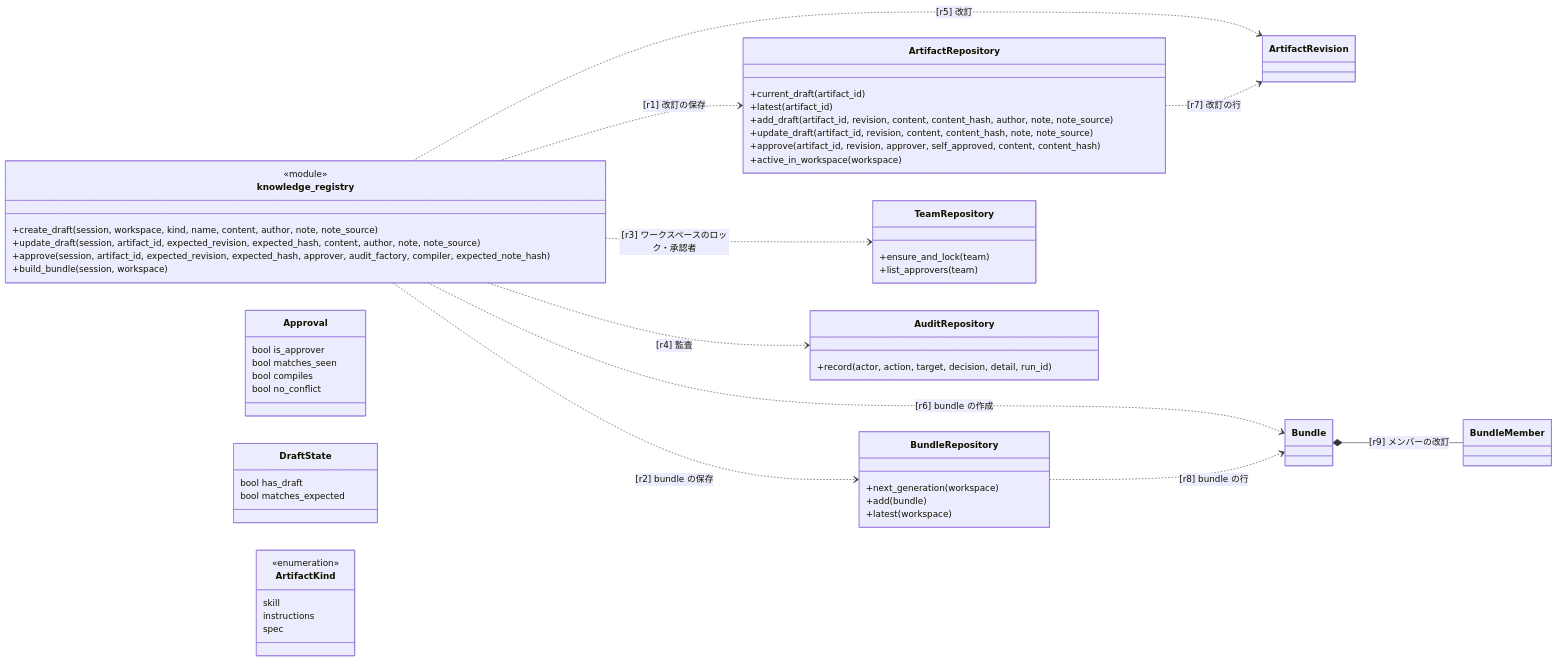
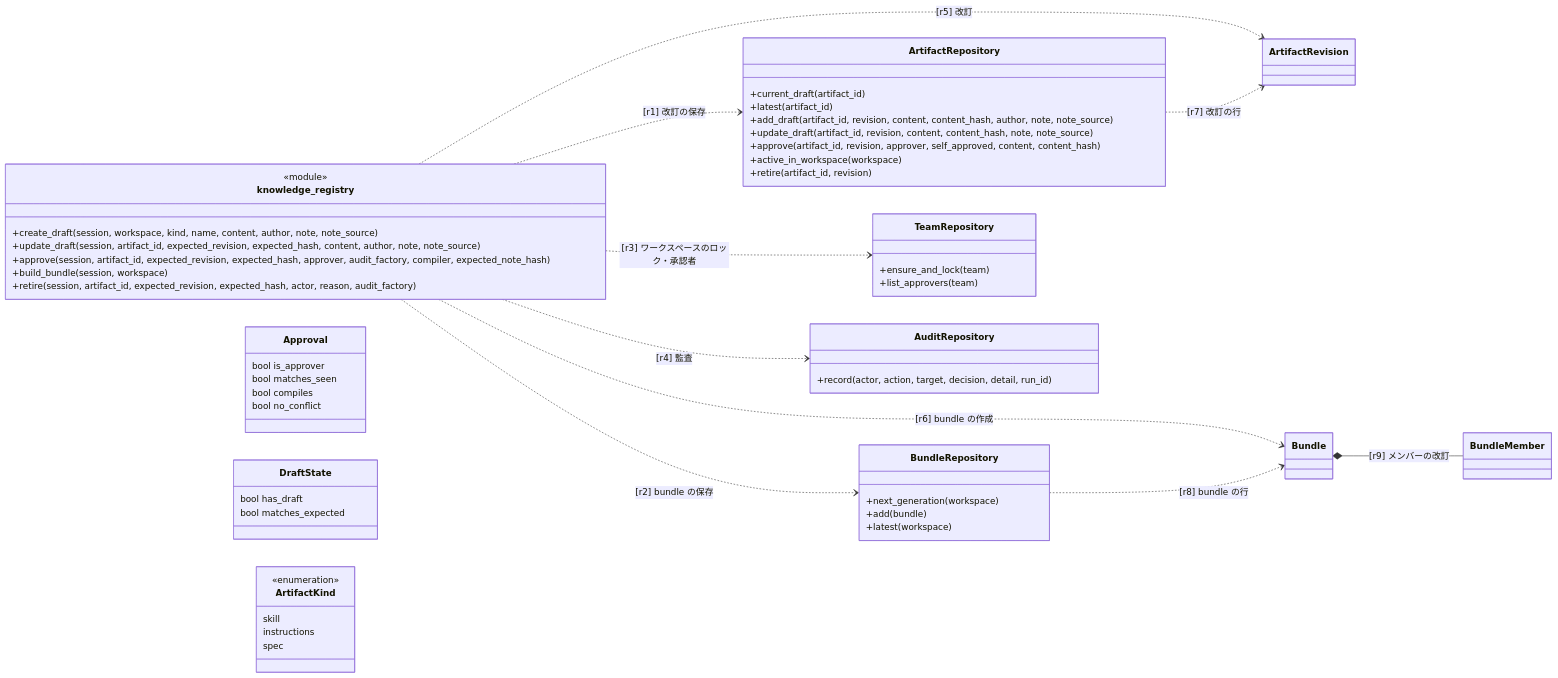
One commit to tanabe-yudai/speclino changed the first of 3 diagrams in .speclino/specs/spec-know-001.md. Above: the diagram before and after it, drawn with Mermaid. The commit also changed other lines of this file and 9 other files, not shown here.

````diff
--- a/.speclino/specs/spec-know-001.md
+++ b/.speclino/specs/spec-know-001.md
@@ -48,60 +54,62 @@
 ```mermaid
 %%@ id: know-vocab
 classDiagram
     direction LR
     class knowledge_registry {
         <<module>>
         +create_draft(session, workspace, kind, name, content, author, note, note_source)
         +update_draft(session, artifact_id, expected_revision, expected_hash, content, author, note, note_source)
         +approve(session, artifact_id, expected_revision, expected_hash, approver, audit_factory, compiler, expected_note_hash)
         +build_bundle(session, workspace)
+        +retire(session, artifact_id, expected_revision, expected_hash, actor, reason, audit_factory)
     }
     class ArtifactRepository {
         +current_draft(artifact_id)
         +latest(artifact_id)
         +add_draft(artifact_id, revision, content, content_hash, author, note, note_source)
         +update_draft(artifact_id, revision, content, content_hash, note, note_source)
         +approve(artifact_id, revision, approver, self_approved, content, content_hash)
         +active_in_workspace(workspace)
+        +retire(artifact_id, revision)
     }
     class BundleRepository {
         +next_generation(workspace)
         +add(bundle)
         +latest(workspace)
     }
     class TeamRepository {
         +ensure_and_lock(team)
         +list_approvers(team)
     }
     class AuditRepository {
         +record(actor, action, target, decision, detail, run_id)
     }
     class Approval {
         bool is_approver
         bool matches_seen
         bool compiles
         bool no_conflict
     }
     class DraftState {
         bool has_draft
         bool matches_expected
     }
     class ArtifactKind {
         <<enumeration>>
         skill
         instructions
         spec
     }
     class ArtifactRevision
     class Bundle
     class BundleMember
     knowledge_registry ..> ArtifactRepository : [r1] 改訂の保存
     knowledge_registry ..> BundleRepository : [r2] bundle の保存
     knowledge_registry ..> TeamRepository : [r3] ワークスペースのロック・承認者
     knowledge_registry ..> AuditRepository : [r4] 監査
     knowledge_registry ..> ArtifactRevision : [r5] 改訂
     knowledge_registry ..> Bundle : [r6] bundle の作成
     ArtifactRepository ..> ArtifactRevision : [r7] 改訂の行
     BundleRepository ..> Bundle : [r8] bundle の行
     Bundle *-- BundleMember : [r9] メンバーの改訂
 ```
````
